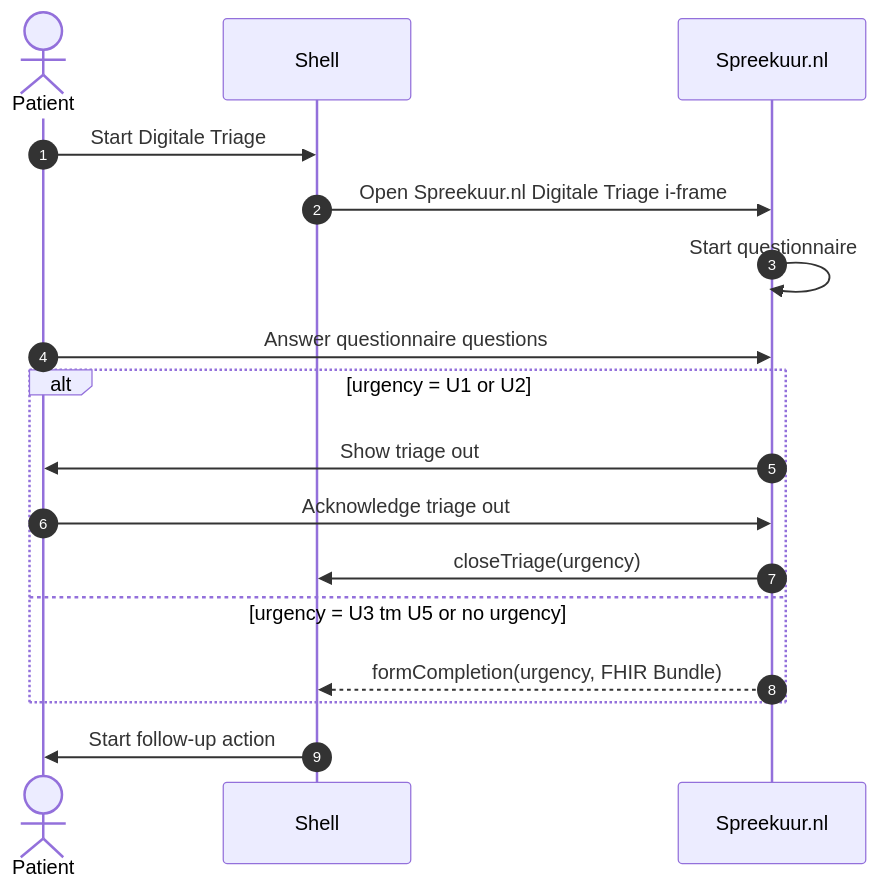
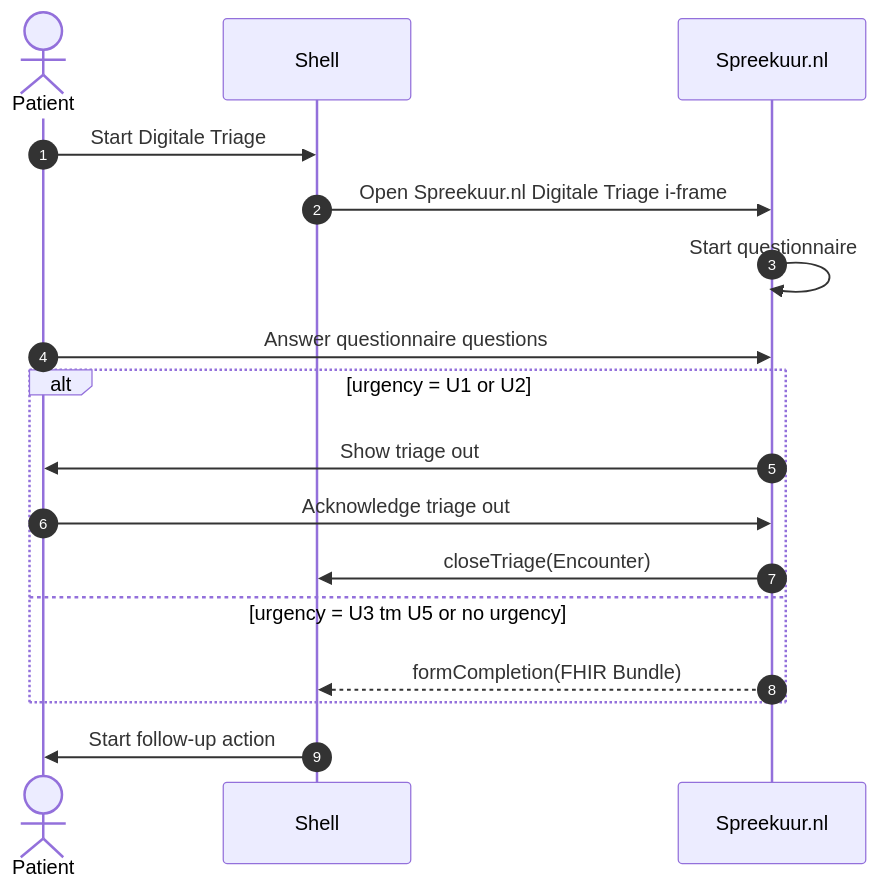
The diagram in docs/features/digitale-triage/digitale-triage.md (topicushealthcare/spreekuur-docs), drawn with Mermaid before and after one commit. The commit also changed other lines of this file, not shown here.

````diff
--- a/docs/features/digitale-triage/digitale-triage.md
+++ b/docs/features/digitale-triage/digitale-triage.md
@@ -23,20 +23,20 @@
 ```mermaid
 sequenceDiagram
     autonumber
     actor P as Patient
     participant shell as Shell
     participant SU as Spreekuur.nl
 
     P->>shell: Start Digitale Triage
     shell->>SU: Open Spreekuur.nl Digitale Triage i-frame
     SU->>SU: Start questionnaire
     P->>SU: Answer questionnaire questions
     alt urgency = U1 or U2
         SU->>P: Show triage out
         P->>SU: Acknowledge triage out
-        SU->>shell: closeTriage(urgency)
+        SU->>shell: closeTriage(Encounter)
     else urgency = U3 tm U5 or no urgency
-        SU-->>shell: formCompletion(urgency, FHIR Bundle)
+        SU-->>shell: formCompletion(FHIR Bundle)
     end
     shell->>P: Start follow-up action
 ```
````
